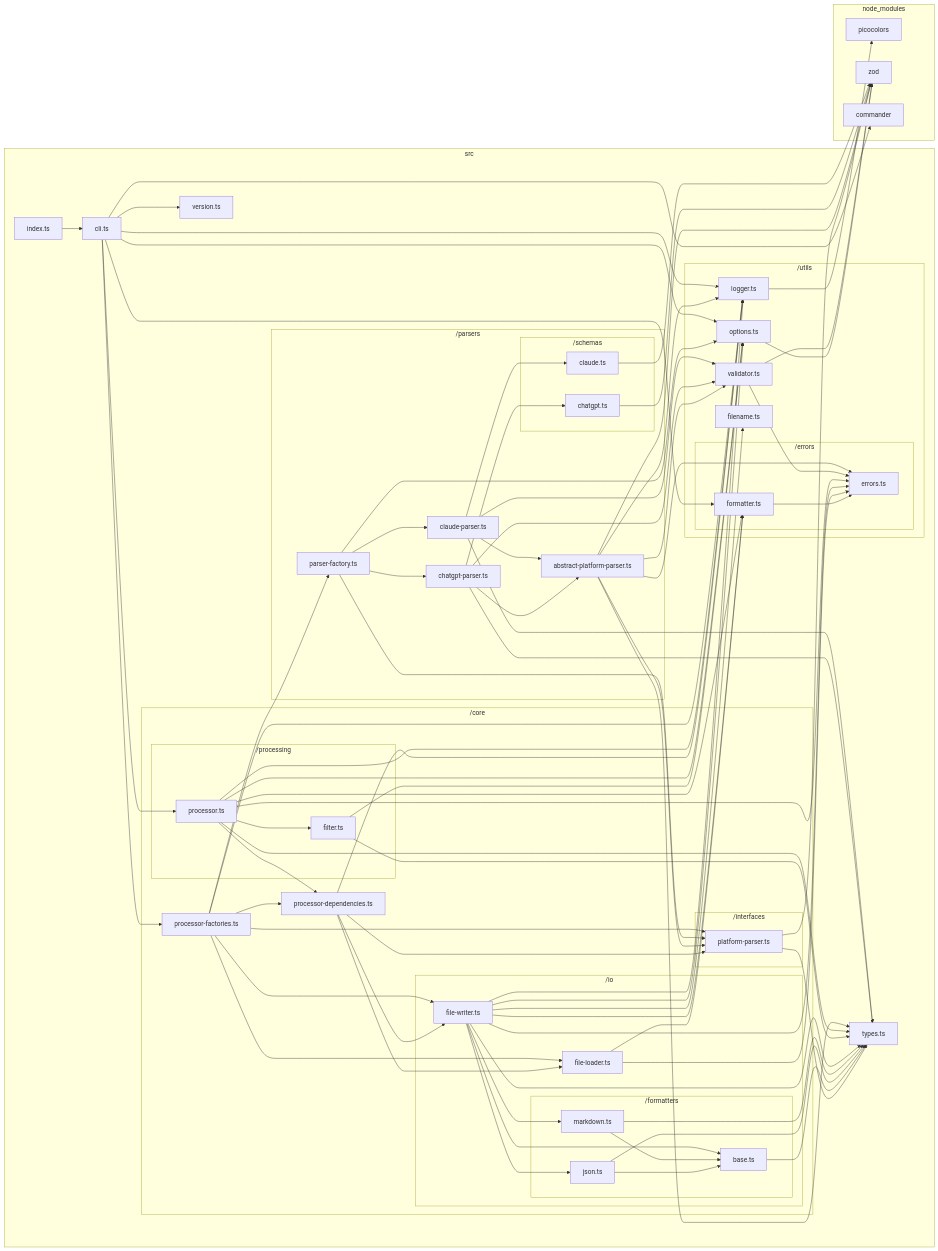
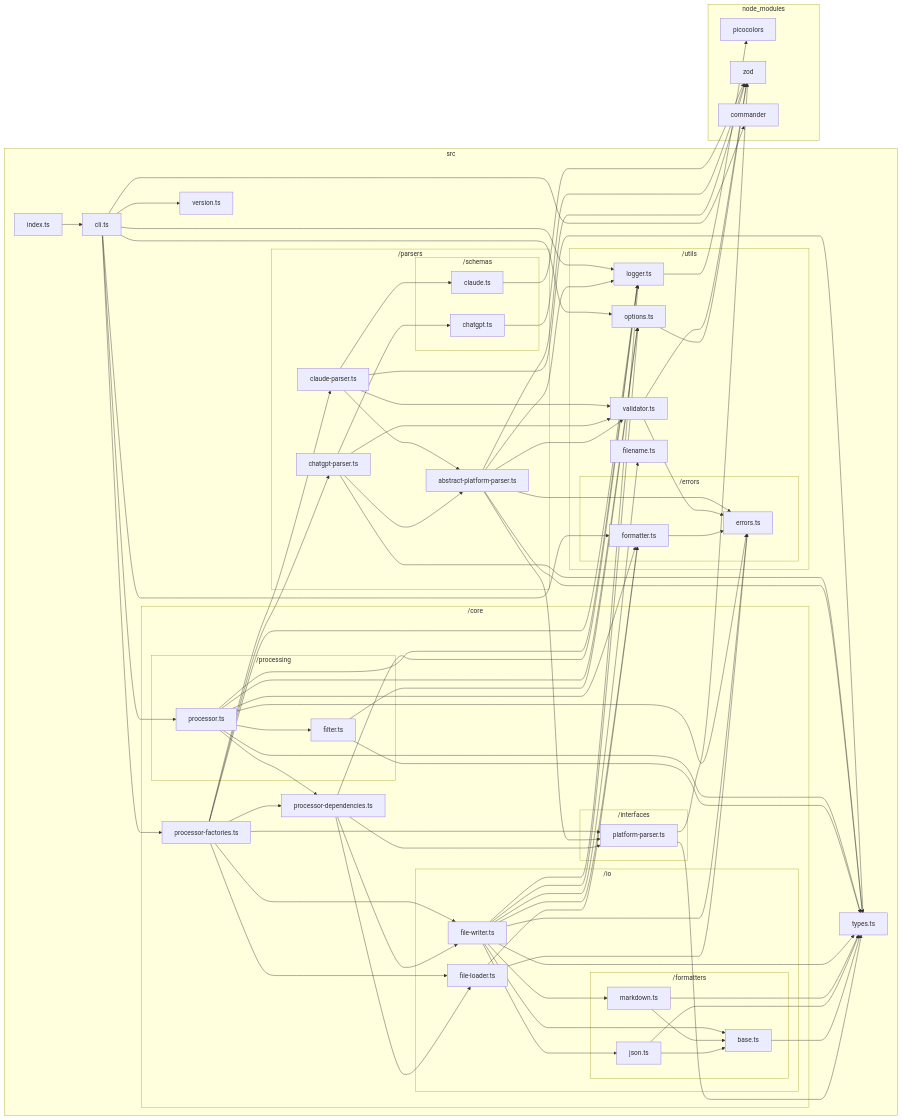
Before and after one commit to sugurutakahashi-1234/ai-chat-md-export: the diagram in docs/dependency-graphs/typescript-graph.md, drawn with Mermaid. The commit also changed 2 other files, not shown here.

Commit message:
refactor: replace parser factory with direct parser instantiation
- Remove the parser factory module
- Directly instantiate ChatGPTParser and ClaudeParser in createDefaultDependencies
- Simplify dependency management for processors

```diff
--- a/docs/dependency-graphs/typescript-graph.md
+++ b/docs/dependency-graphs/typescript-graph.md
@@ -45,7 +45,6 @@
             src/parsers/abstract//platform//parser.ts["abstract-platform-parser.ts"]
             src/parsers/chatgpt//parser.ts["chatgpt-parser.ts"]
             src/parsers/claude//parser.ts["claude-parser.ts"]
-            src/parsers/parser//factory.ts["parser-factory.ts"]
             subgraph src/parsers/schemas["/schemas"]
                 src/parsers/schemas/chatgpt.ts["chatgpt.ts"]
                 src/parsers/schemas/claude.ts["claude.ts"]
@@ -109,11 +108,8 @@
     src/parsers/claude//parser.ts-->src/utils/validator.ts
     src/parsers/claude//parser.ts-->src/parsers/abstract//platform//parser.ts
     src/parsers/claude//parser.ts-->src/parsers/schemas/claude.ts
-    src/parsers/parser//factory.ts-->src/core/interfaces/platform//parser.ts
-    src/parsers/parser//factory.ts-->src/utils/options.ts
-    src/parsers/parser//factory.ts-->src/parsers/chatgpt//parser.ts
-    src/parsers/parser//factory.ts-->src/parsers/claude//parser.ts
-    src/core/processor//factories.ts-->src/parsers/parser//factory.ts
+    src/core/processor//factories.ts-->src/parsers/chatgpt//parser.ts
+    src/core/processor//factories.ts-->src/parsers/claude//parser.ts
     src/core/processor//factories.ts-->src/utils/logger.ts
     src/core/processor//factories.ts-->src/core/interfaces/platform//parser.ts
     src/core/processor//factories.ts-->src/core/io/file//loader.ts
```
